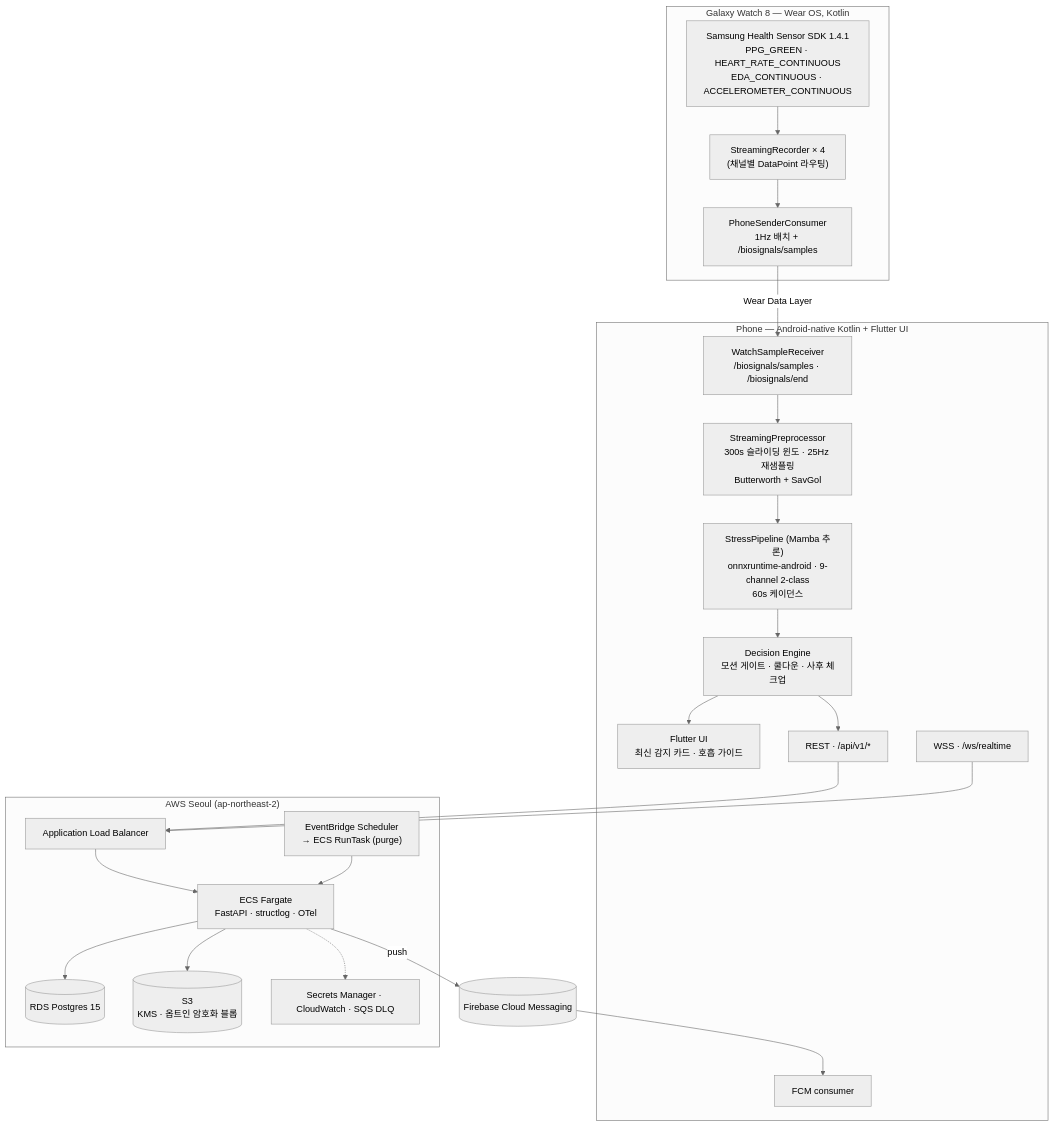
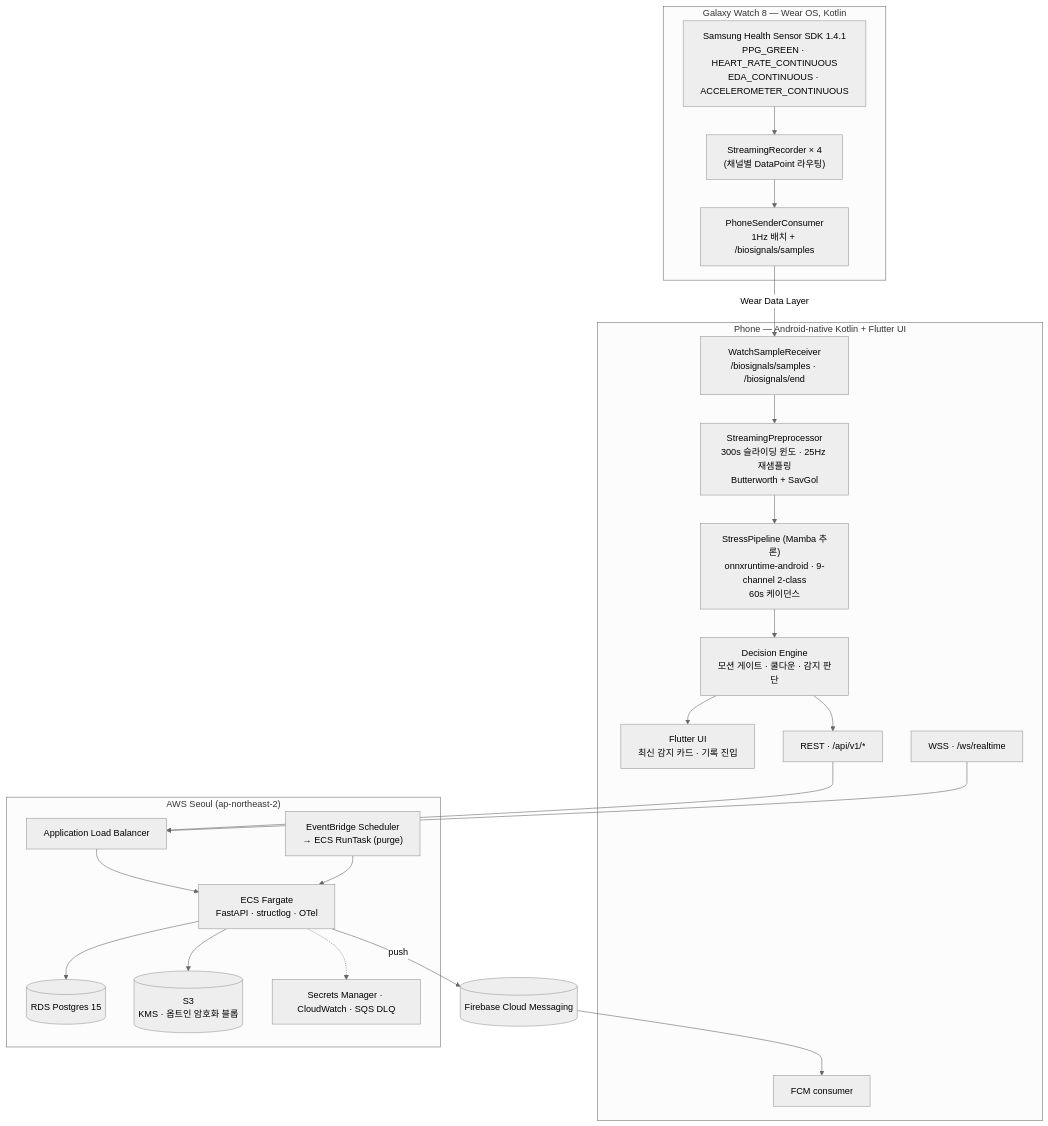
The fourth of 4 diagrams in README.md (kookmin-sw/2026-capstone-18), drawn with Mermaid (neutral theme) before and after one commit. The commit also changed other lines of this file and 1 other file, not shown here.

````diff
--- a/README.md
+++ b/README.md
@@ -775,45 +775,45 @@
 ```mermaid
 flowchart TD
     subgraph Watch["Galaxy Watch 8 — Wear OS, Kotlin"]
         SDK["Samsung Health Sensor SDK 1.4.1<br/>PPG_GREEN · HEART_RATE_CONTINUOUS<br/>EDA_CONTINUOUS · ACCELEROMETER_CONTINUOUS"]
         StreamRec["StreamingRecorder × 4<br/>(채널별 DataPoint 라우팅)"]
         Consumer["PhoneSenderConsumer<br/>1Hz 배치 + /biosignals/samples"]
         SDK --> StreamRec --> Consumer
     end
 
     subgraph Phone["Phone — Android-native Kotlin + Flutter UI"]
         Receiver["WatchSampleReceiver<br/>/biosignals/samples · /biosignals/end"]
         Buffer["StreamingPreprocessor<br/>300s 슬라이딩 윈도 · 25Hz 재샘플링<br/>Butterworth + SavGol"]
         Mamba["StressPipeline (Mamba 추론)<br/>onnxruntime-android · 9-channel 2-class<br/>60s 케이던스"]
-        Decision["Decision Engine<br/>모션 게이트 · 쿨다운 · 사후 체크업"]
-        FlutterUI["Flutter UI<br/>최신 감지 카드 · 호흡 가이드"]
+        Decision["Decision Engine<br/>모션 게이트 · 쿨다운 · 감지 판단"]
+        FlutterUI["Flutter UI<br/>최신 감지 카드 · 기록 진입"]
         REST["REST · /api/v1/*"]
         WSS["WSS · /ws/realtime"]
         FCMc["FCM consumer"]
         Receiver --> Buffer --> Mamba --> Decision
         Decision --> FlutterUI
         Decision --> REST
     end
 
     subgraph AWS["AWS Seoul (ap-northeast-2)"]
         ALB["Application Load Balancer"]
         ECS["ECS Fargate<br/>FastAPI · structlog · OTel"]
         RDS[("RDS Postgres 15")]
         S3[("S3<br/>KMS · 옵트인 암호화 블롭")]
         EB["EventBridge Scheduler<br/>→ ECS RunTask (purge)"]
         Ops["Secrets Manager · CloudWatch · SQS DLQ"]
         ALB --> ECS
         ECS --> RDS
         ECS --> S3
         EB --> ECS
         ECS -.-> Ops
     end
 
     Firebase[("Firebase Cloud Messaging")]
 
     Consumer -- "Wear Data Layer" --> Receiver
     REST --> ALB
     WSS --> ALB
     ECS -- push --> Firebase
     Firebase --> FCMc
 ```
````
